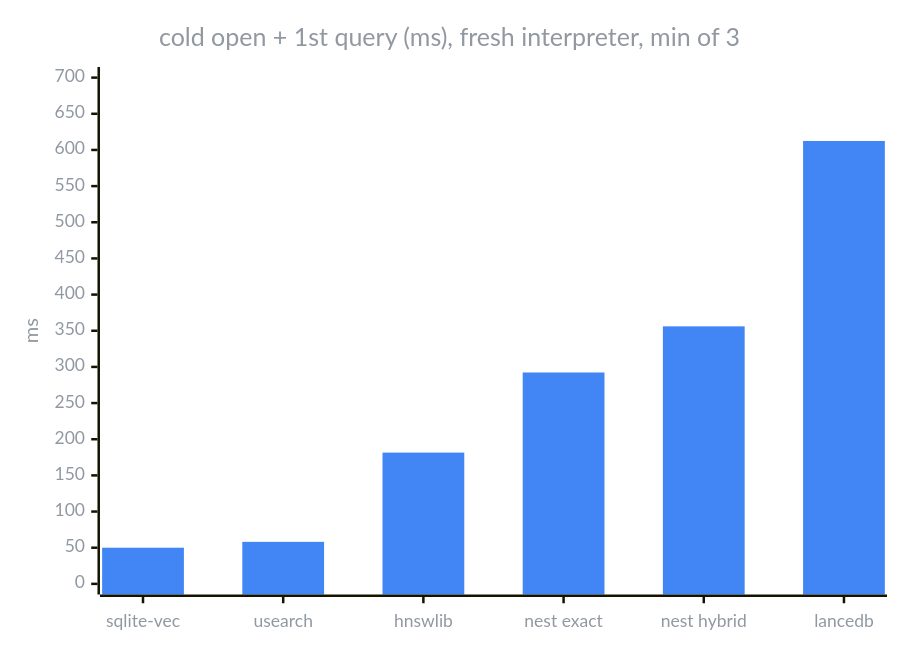
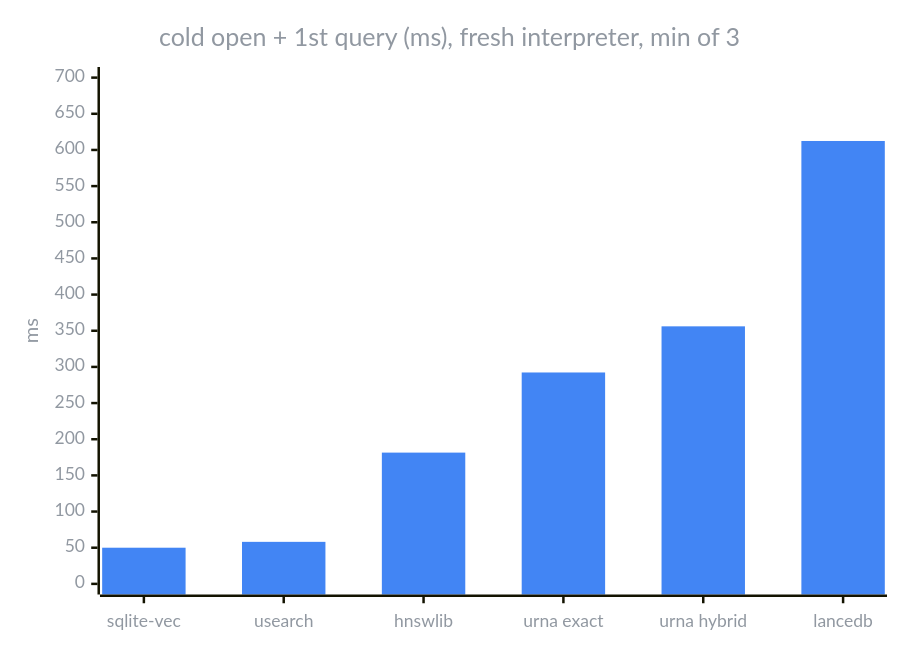
One commit to hoffresearch/nest changed the fifth of 7 diagrams in README.md. Above: the diagram before and after it, drawn with Mermaid. The commit also changed other lines of this file and 454 other files, not shown here.

First line of the commit message:
rename the project from nest to urna

````diff
--- a/README.md
+++ b/README.md
@@ -462,20 +468,20 @@
 ```mermaid
 ---
 config:
   theme: base
   themeVariables:
     xyChart:
       backgroundColor: "transparent"
       titleColor: "#9198a1"
       xAxisLabelColor: "#9198a1"
       xAxisTitleColor: "#9198a1"
       yAxisLabelColor: "#9198a1"
       yAxisTitleColor: "#9198a1"
       plotColorPalette: "#4285F4"
 ---
 xychart-beta
   title "cold open + 1st query (ms), fresh interpreter, min of 3"
-  x-axis ["sqlite-vec", "usearch", "hnswlib", "nest exact", "nest hybrid", "lancedb"]
+  x-axis ["sqlite-vec", "usearch", "hnswlib", "urna exact", "urna hybrid", "lancedb"]
   y-axis "ms" 0 --> 700
   bar [50.0, 58.1, 181.5, 292.3, 356.1, 612.4]
 ```
````
